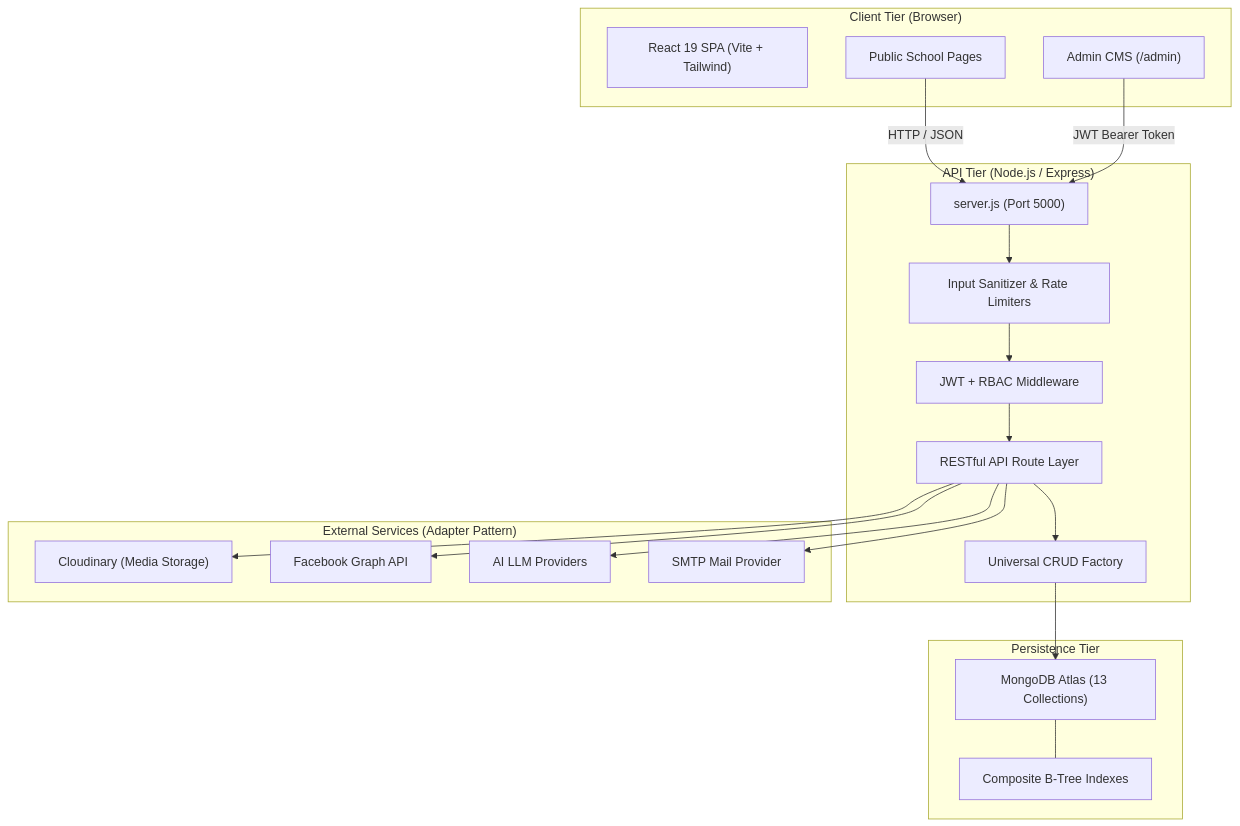
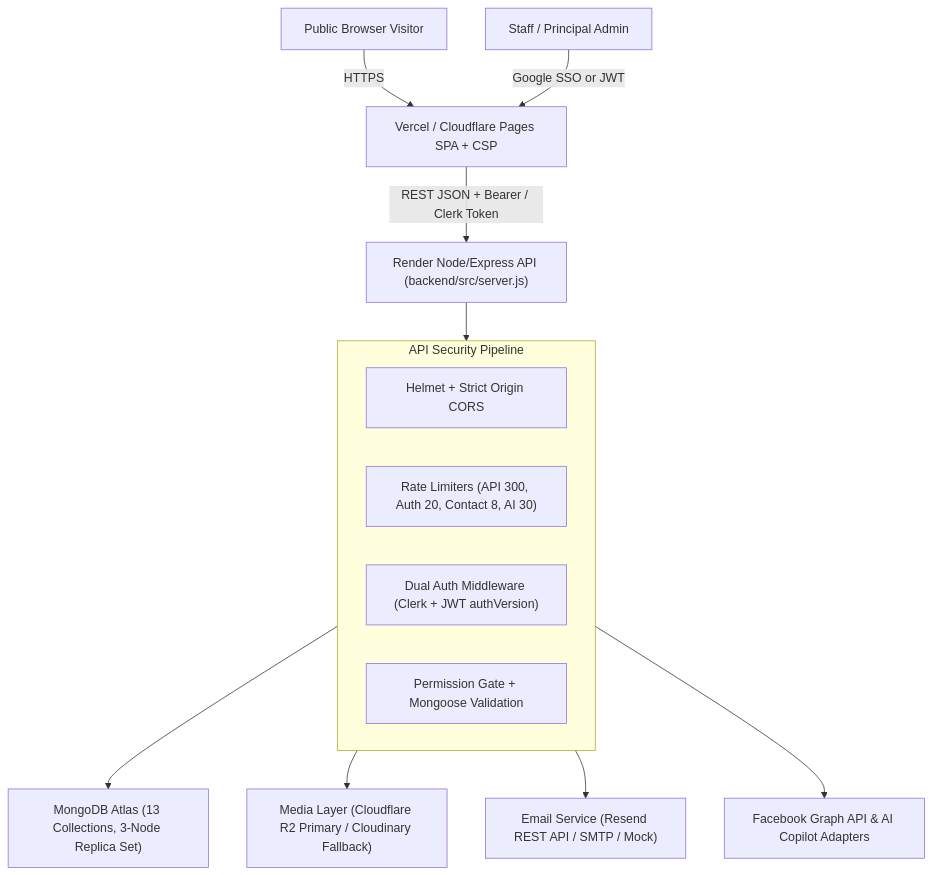
One commit to saugat97120-eng/kmes-school changed the second of 2 diagrams in KMES_COMPLETE_PROJECT_REPORT.md. Above: the diagram before and after it, drawn with Mermaid. The commit also changed other lines of this file and 1 other file, not shown here.

Commit message:
docs: update README and master project report through Clerk, R2, Resend, domain, and UI/UX work

````diff
--- a/KMES_COMPLETE_PROJECT_REPORT.md
+++ b/KMES_COMPLETE_PROJECT_REPORT.md
@@ -91,37 +140,20 @@
 ```mermaid
 flowchart TD
-    subgraph Client["Client Tier (Browser)"]
-        SPA["React 19 SPA (Vite + Tailwind)"]
-        AdminUI["Admin CMS (/admin)"]
-        PublicUI["Public School Pages"]
+    Visitor["Public Browser Visitor"] -->|HTTPS| Edge["Vercel / Cloudflare Pages SPA + CSP"]
+    AdminUser["Staff / Principal Admin"] -->|Google SSO or JWT| Edge
+
+    Edge -->|REST JSON + Bearer / Clerk Token| Express["Render Node/Express API (backend/src/server.js)"]
+
+    subgraph SecurityLayer["API Security Pipeline"]
+        HelmetCors["Helmet + Strict Origin CORS"]
+        RateLimits["Rate Limiters (API 300, Auth 20, Contact 8, AI 30)"]
+        DualAuth["Dual Auth Middleware (Clerk + JWT authVersion)"]
+        RBAC["Permission Gate + Mongoose Validation"]
     end
 
-    subgraph Backend["API Tier (Node.js / Express)"]
-        Server["server.js (Port 5000)"]
-        AuthMiddleware["JWT + RBAC Middleware"]
-        Sanitize["Input Sanitizer & Rate Limiters"]
-        Routes["RESTful API Route Layer"]
-        CRUDFactory["Universal CRUD Factory"]
-    end
-
-    subgraph Database["Persistence Tier"]
-        Mongo["MongoDB Atlas (13 Collections)"]
-        Indexes["Composite B-Tree Indexes"]
-    end
-
-    subgraph Integrations["External Services (Adapter Pattern)"]
-        Cloudinary["Cloudinary (Media Storage)"]
-        Facebook["Facebook Graph API"]
-        AI["AI LLM Providers"]
-        SMTP["SMTP Mail Provider"]
-    end
-
-    PublicUI -->|HTTP / JSON| Server
-    AdminUI -->|JWT Bearer Token| Server
-    Server --> Sanitize --> AuthMiddleware --> Routes --> CRUDFactory --> Mongo
-    Mongo --- Indexes
-    Routes --> Cloudinary
-    Routes --> Facebook
-    Routes --> AI
-    Routes --> SMTP
+    Express --> SecurityLayer
+    SecurityLayer --> Mongo["MongoDB Atlas (13 Collections, 3-Node Replica Set)"]
+    SecurityLayer --> R2Fallback["Media Layer (Cloudflare R2 Primary / Cloudinary Fallback)"]
+    SecurityLayer --> EmailLayer["Email Service (Resend REST API / SMTP / Mock)"]
+    SecurityLayer --> SocialAI["Facebook Graph API & AI Copilot Adapters"]
 ```
````
